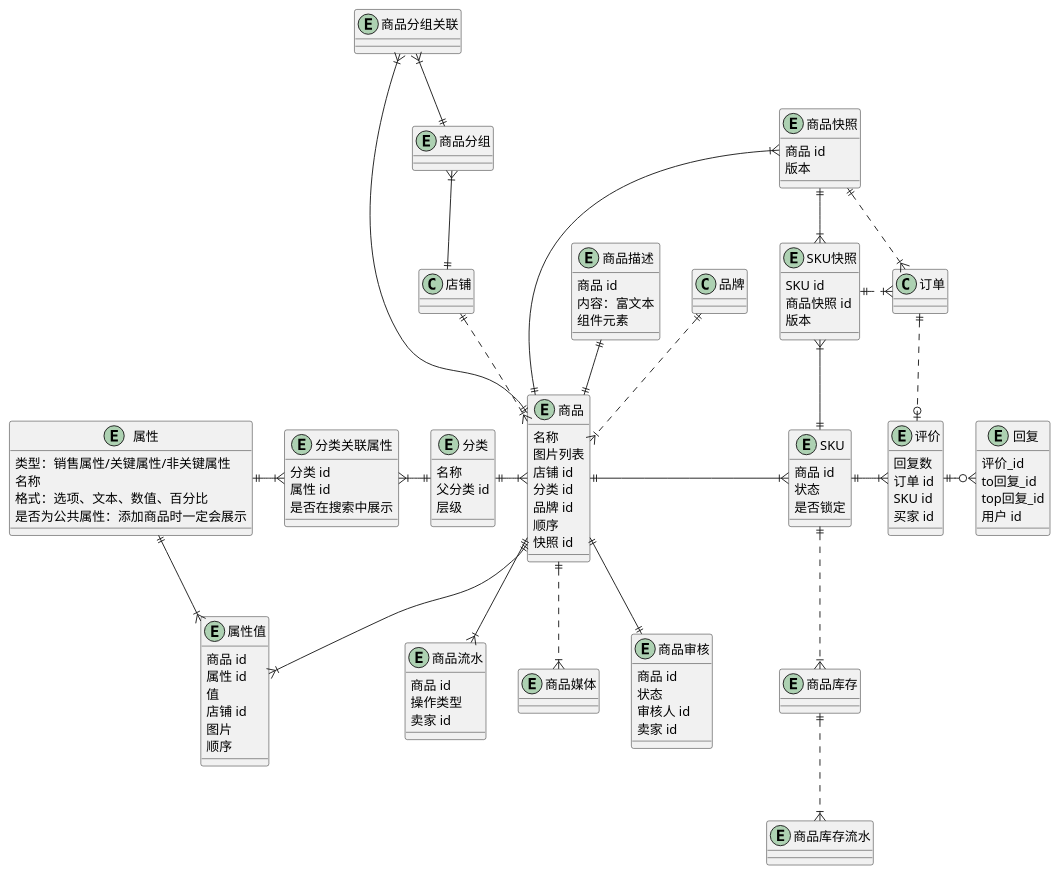
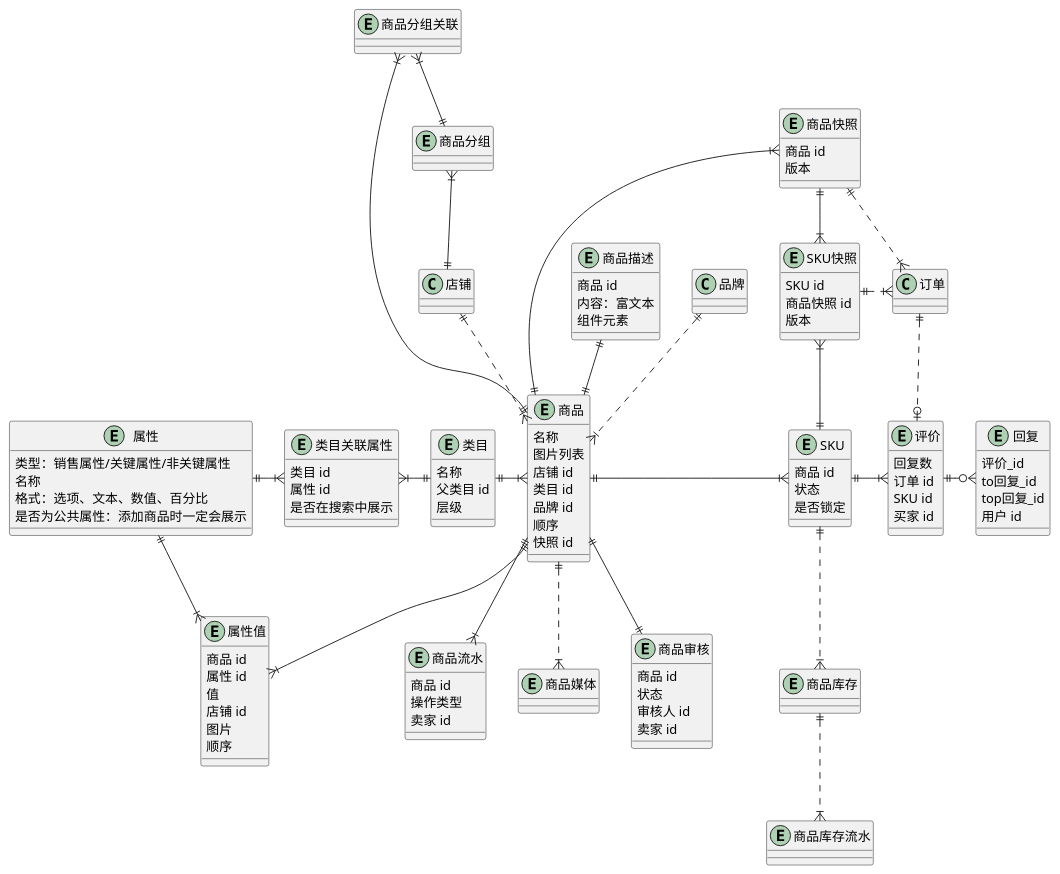
Before and after one commit to awesomecat2020/mock-mall: the diagram in 商品.wsd, drawn with PlantUML. The commit also changed 1 other file, not shown here.

Commit message:
UML-类目更改

```diff
--- a/商品.wsd
+++ b/商品.wsd
@@ -1,133 +1,137 @@
 @startuml 商品UML
 
 ' ==================== 商品 ====================
 entity 商品 {
     名称
     图片列表
     店铺 id
-    分类 id
+    类目 id
     品牌 id
     顺序
     快照 id
 }
 entity SKU {
     商品 id
     状态
     是否锁定
 }
-entity 分类 {
+entity 类目 {
     名称
-    父分类 id
+    父类目 id
     层级
 }
 entity 商品审核 {
     商品 id
     状态
     审核人 id
     卖家 id
 }
 entity 商品流水 {
     商品 id
     操作类型
     卖家 id
 }
 entity 商品描述 {
     商品 id
     ' 字数要大于5个字符，小于25000个字符 ，受违禁词控制
     内容：富文本
     组件元素
 }
 entity 商品媒体 {
     ' 暂不做
 }
 entity 商品库存 {
     ' 暂不做
 }
 entity 商品库存流水 {
     ' 暂不做
 }
 entity 商品分组 {
 
 }
 entity 商品分组关联 {
 
 }
 entity 商品快照 {
     商品 id
     版本
 }
 entity SKU快照 {
     SKU id
     商品快照 id
     版本
 }
 
+' entity 后台类目 {
+' 
+' }
+
 店铺 ||..|{ 商品
 商品 }|.u.|| 品牌
-分类 ||-|{ 商品
+类目 ||-|{ 商品
 商品 ||-|{ SKU
 商品 ||--|| 商品审核
 商品 ||--|{ 商品流水
 商品 ||-u-|| 商品描述
 商品 ||..|{ 商品媒体
 SKU ||..|{ 商品库存
 商品库存 ||..|{ 商品库存流水
 ' 分组
 店铺 ||-u-|{ 商品分组
 商品分组关联 }|--|| 商品分组
 商品 ||-u-|{ 商品分组关联
 ' 快照
 SKU ||-u-|{ SKU快照
 SKU快照 ||.|{ 订单
 商品快照 ||--|{ SKU快照
 商品 ||-u-|{ 商品快照
 商品快照 ||.|{ 订单
 
 ' ==================== 属性 ====================
 entity 属性 {
-    ' 分类不同，属性不同
+    ' 类目不同，属性不同
     类型：销售属性/关键属性/非关键属性
     名称
     格式：选项、文本、数值、百分比
     是否为公共属性：添加商品时一定会展示
 }
-entity 分类关联属性 {
-    分类 id
+entity 类目关联属性 {
+    类目 id
     属性 id
     是否在搜索中展示
 }
 entity 属性值 {
     商品 id
     属性 id
     值
     店铺 id
     图片
     顺序
 }
 
-属性 ||-|{ 分类关联属性
-分类关联属性 }|-|| 分类
+属性 ||-|{ 类目关联属性
+类目关联属性 }|-|| 类目
 属性 ||--|{ 属性值
 商品 ||--|{ 属性值
 
 
 ' ==================== 评价 ====================
 entity 评价 {
     回复数
     订单 id
     SKU id
     买家 id
 }
 entity 回复 {
     评价_id
     to回复_id
     top回复_id
     用户 id
 }
 
 
 SKU ||-|{ 评价
 评价 |o.u.|| 订单
 评价 ||-o{ 回复
 
 @enduml
```
